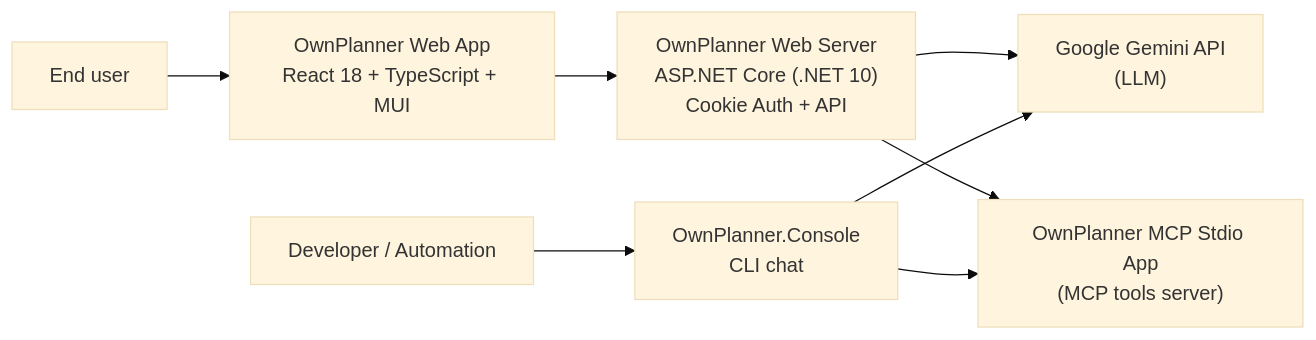
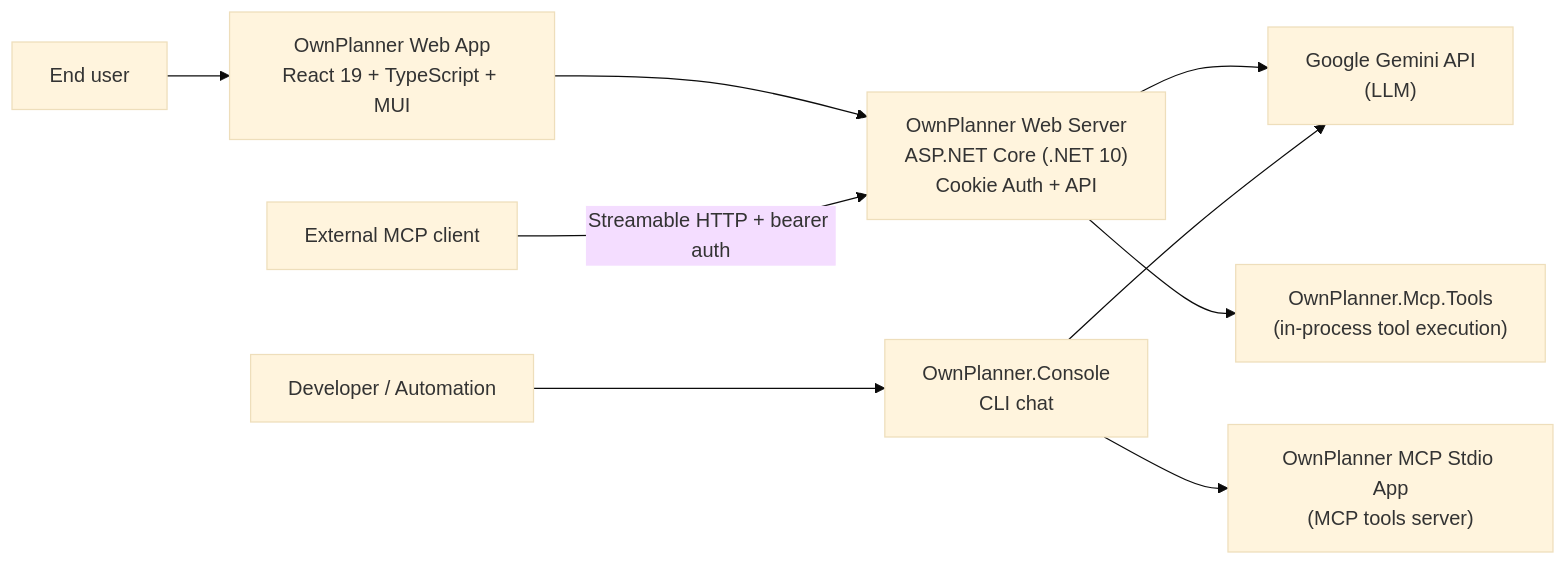
Before and after one commit to am-space/own-planner: the first of 4 diagrams in README.md, drawn with Mermaid (base theme). The commit also changed other lines of this file and 16 other files, not shown here.

````diff
--- a/README.md
+++ b/README.md
@@ -15,12 +18,14 @@
 ```mermaid
 graph LR
-  user["End user"] --> ui["OwnPlanner Web App<br/>React 18 + TypeScript + MUI"]
+  user["End user"] --> ui["OwnPlanner Web App<br/>React 19 + TypeScript + MUI"]
   ui --> web["OwnPlanner Web Server<br/>ASP.NET Core (.NET 10)<br/>Cookie Auth + API"]
 
   web --> llm["Google Gemini API<br/>(LLM)"]
-  web --> mcp["OwnPlanner MCP Stdio App<br/>(MCP tools server)"]
+  web --> tools["OwnPlanner.Mcp.Tools<br/>(in-process tool execution)"]
 
   dev["Developer / Automation"] --> console["OwnPlanner.Console<br/>CLI chat"]
   console --> llm
-  console --> mcp
+  console --> mcp["OwnPlanner MCP Stdio App<br/>(MCP tools server)"]
+
+  client["External MCP client"] -->|"Streamable HTTP + bearer auth"| web
 ```
````
